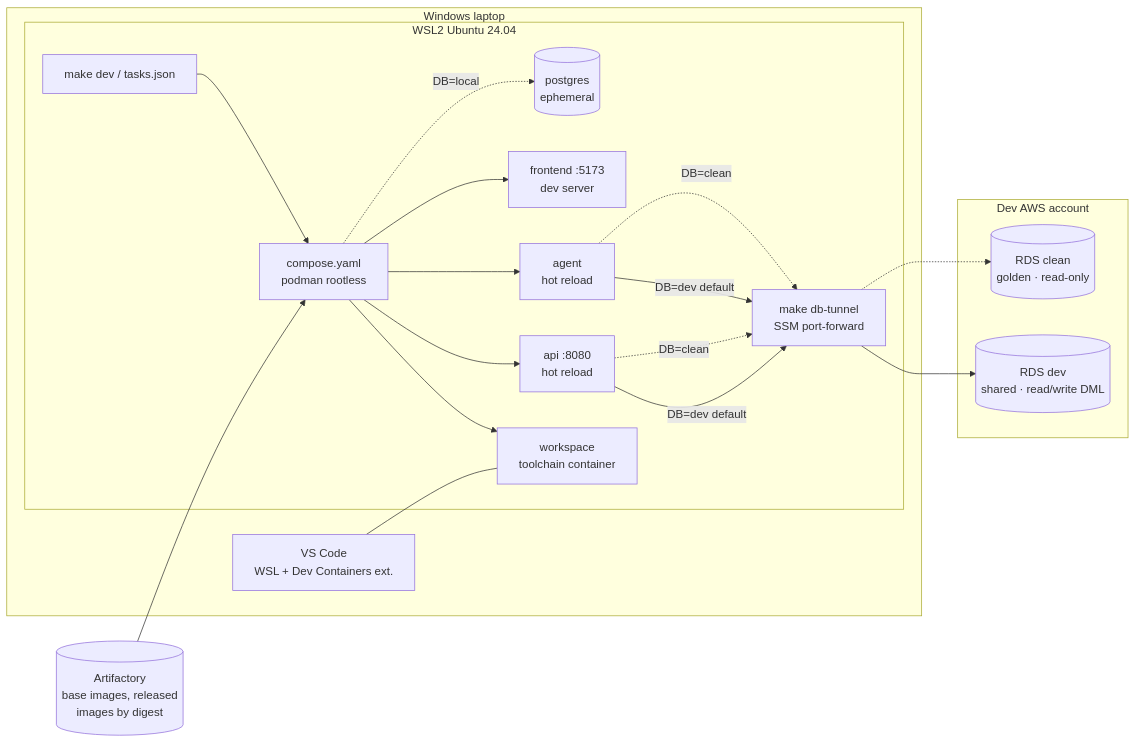
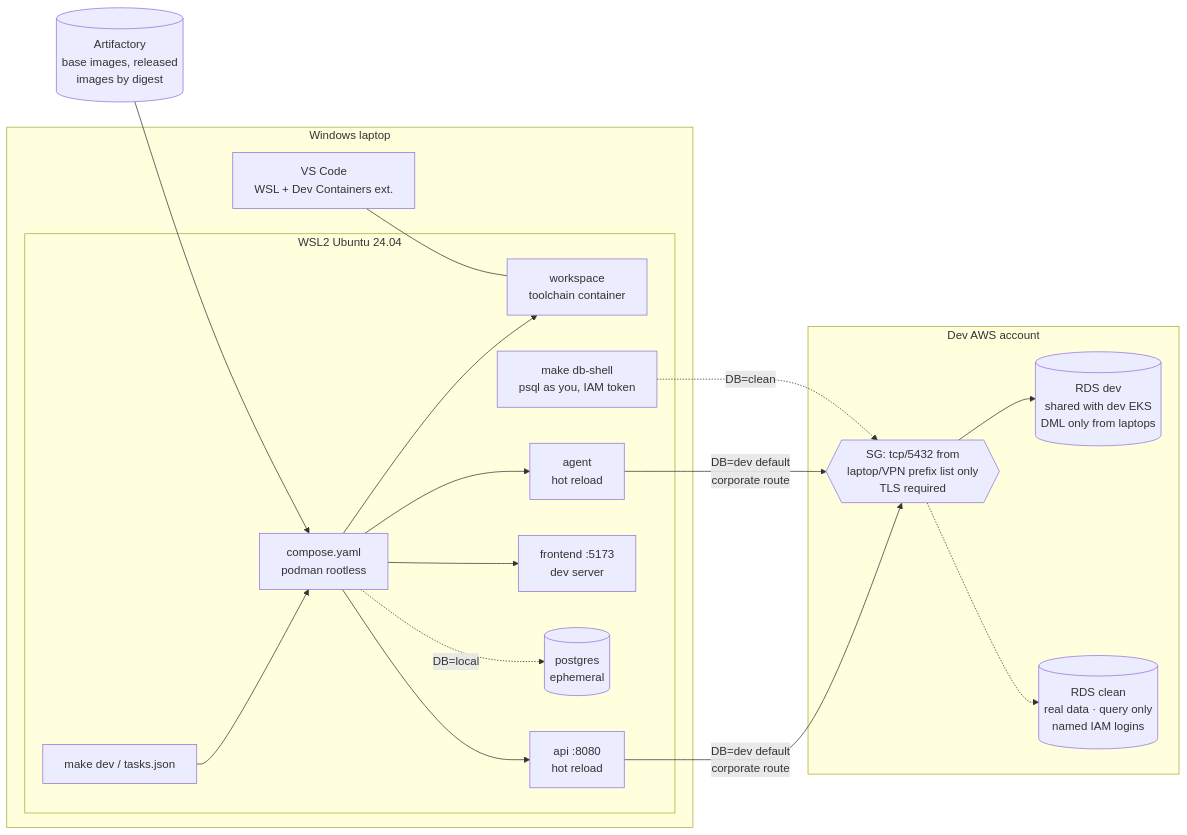
One commit to sholtomaud/GHES-EKS-zero-downtime-deployments changed the diagram in docs/proposal/local-development.md. Above: the diagram before and after it, drawn with Mermaid. The commit also changed other lines of this file and 3 other files, not shown here.

````diff
--- a/docs/proposal/local-development.md
+++ b/docs/proposal/local-development.md
@@ -41,23 +49,24 @@
 ```mermaid
 flowchart LR
   subgraph win[Windows laptop]
     vsc[VS Code<br/>WSL + Dev Containers ext.]
     subgraph wsl[WSL2 Ubuntu 24.04]
       make[make dev / tasks.json] --> compose[compose.yaml<br/>podman rootless]
       compose --> ws[workspace<br/>toolchain container]
       compose --> api[api :8080<br/>hot reload]
       compose --> agent[agent<br/>hot reload]
       compose --> fe[frontend :5173<br/>dev server]
       compose -. DB=local .-> pg[(postgres<br/>ephemeral)]
-      tun[make db-tunnel<br/>SSM port-forward]
+      shell[make db-shell<br/>psql as you, IAM token]
     end
     vsc --- ws
   end
   subgraph aws[Dev AWS account]
-    dev[(RDS dev<br/>shared · read/write DML)]
-    clean[(RDS clean<br/>golden · read-only)]
+    sg{{SG: tcp/5432 from<br/>laptop/VPN prefix list only<br/>TLS required}}
+    dev[(RDS dev<br/>shared with dev EKS<br/>DML only from laptops)]
+    clean[(RDS clean<br/>real data · query only<br/>named IAM logins)]
   end
-  api & agent -->|DB=dev default| tun --> dev
-  api & agent -. DB=clean .-> tun -.-> clean
+  api & agent -->|DB=dev default<br/>corporate route| sg --> dev
+  shell -.->|DB=clean| sg -.-> clean
   art[(Artifactory<br/>base images, released<br/>images by digest)] --> compose
 ```
````
